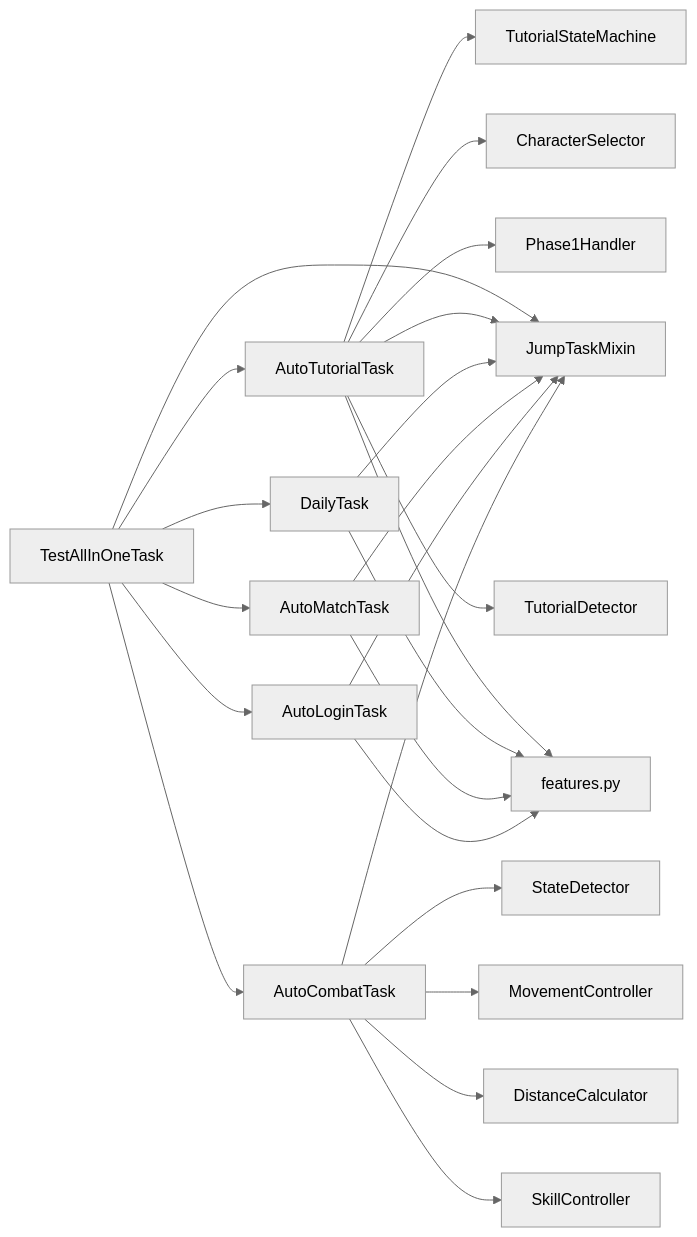
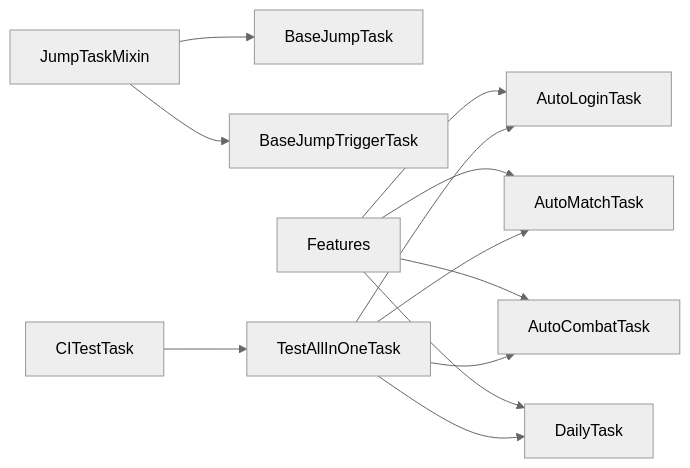
Before and after one commit to xsy098-max/ok-jump: the tenth of 10 diagrams in .qoder/repowiki/zh/content/任务系统/任务系统.md, drawn with Mermaid (neutral theme). The commit also changed other lines of this file and 216 other files, not shown here.

````diff
--- a/.qoder/repowiki/zh/content/任务系统/任务系统.md
+++ b/.qoder/repowiki/zh/content/任务系统/任务系统.md
@@ -671,26 +433,14 @@
 ```mermaid
 graph LR
-AC["AutoCombatTask"] --> SD["StateDetector"]
-AC --> Mix["JumpTaskMixin"]
-AC --> MC["MovementController"]
-AC --> DC["DistanceCalculator"]
-AC --> SK["SkillController"]
-AL["AutoLoginTask"] --> Mix
-AM["AutoMatchTask"] --> Mix
-D["DailyTask"] --> Mix
-AT["AutoTutorialTask"] --> Mix
-AT --> SM["TutorialStateMachine"]
-AT --> CS["CharacterSelector"]
-AT --> PH["Phase1Handler"]
-AT --> TD["TutorialDetector"]
-TAIO["TestAllInOneTask"] --> Mix
-TAIO --> AL
-TAIO --> AT
-TAIO --> AM
-TAIO --> AC
-TAIO --> D
-AL --> F["features.py"]
-AM --> F
-D --> F
-AT --> F
+Mixins["JumpTaskMixin"] --> BaseJumpTask["BaseJumpTask"]
+Mixins --> BaseJumpTriggerTask["BaseJumpTriggerTask"]
+Features["Features"] --> AutoLoginTask["AutoLoginTask"]
+Features --> AutoMatchTask["AutoMatchTask"]
+Features --> AutoCombatTask["AutoCombatTask"]
+Features --> DailyTask["DailyTask"]
+TestAllInOneTask --> AutoLoginTask
+TestAllInOneTask --> AutoMatchTask
+TestAllInOneTask --> AutoCombatTask
+TestAllInOneTask --> DailyTask
+CITestTask --> TestAllInOneTask
 ```
````
